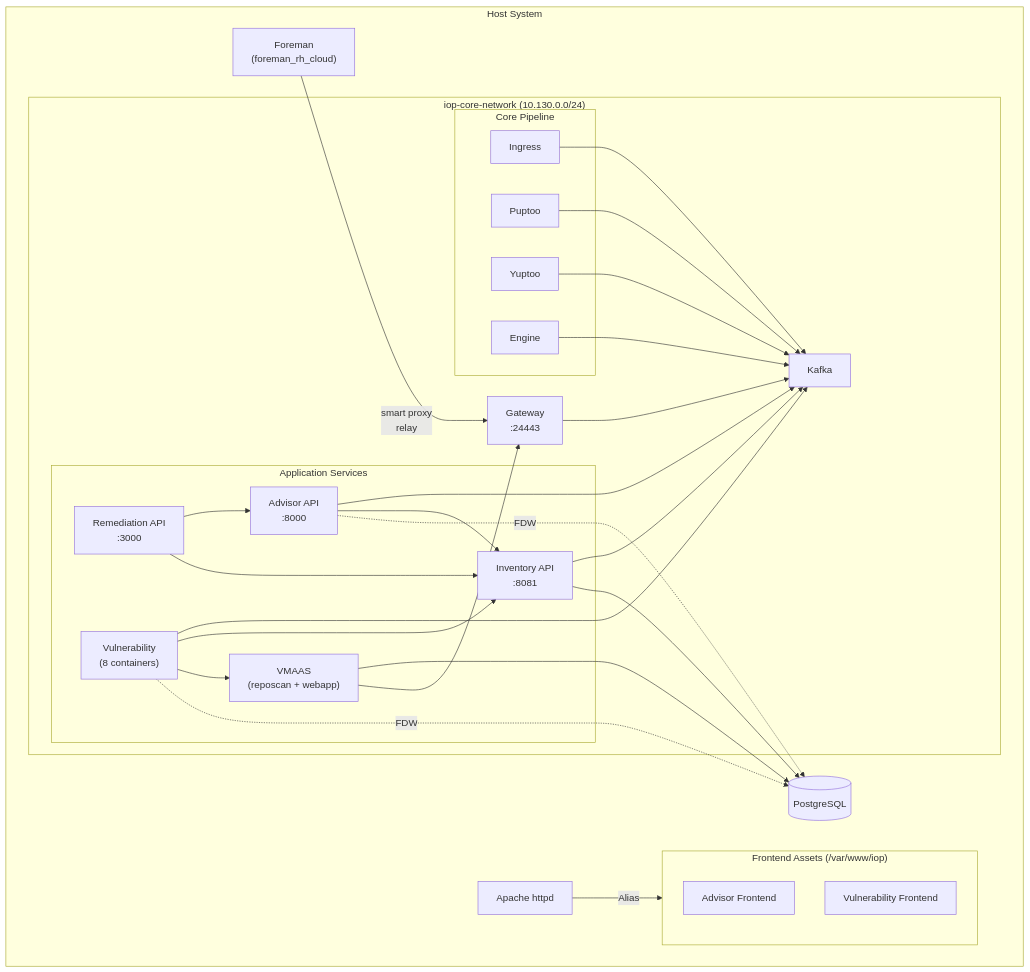
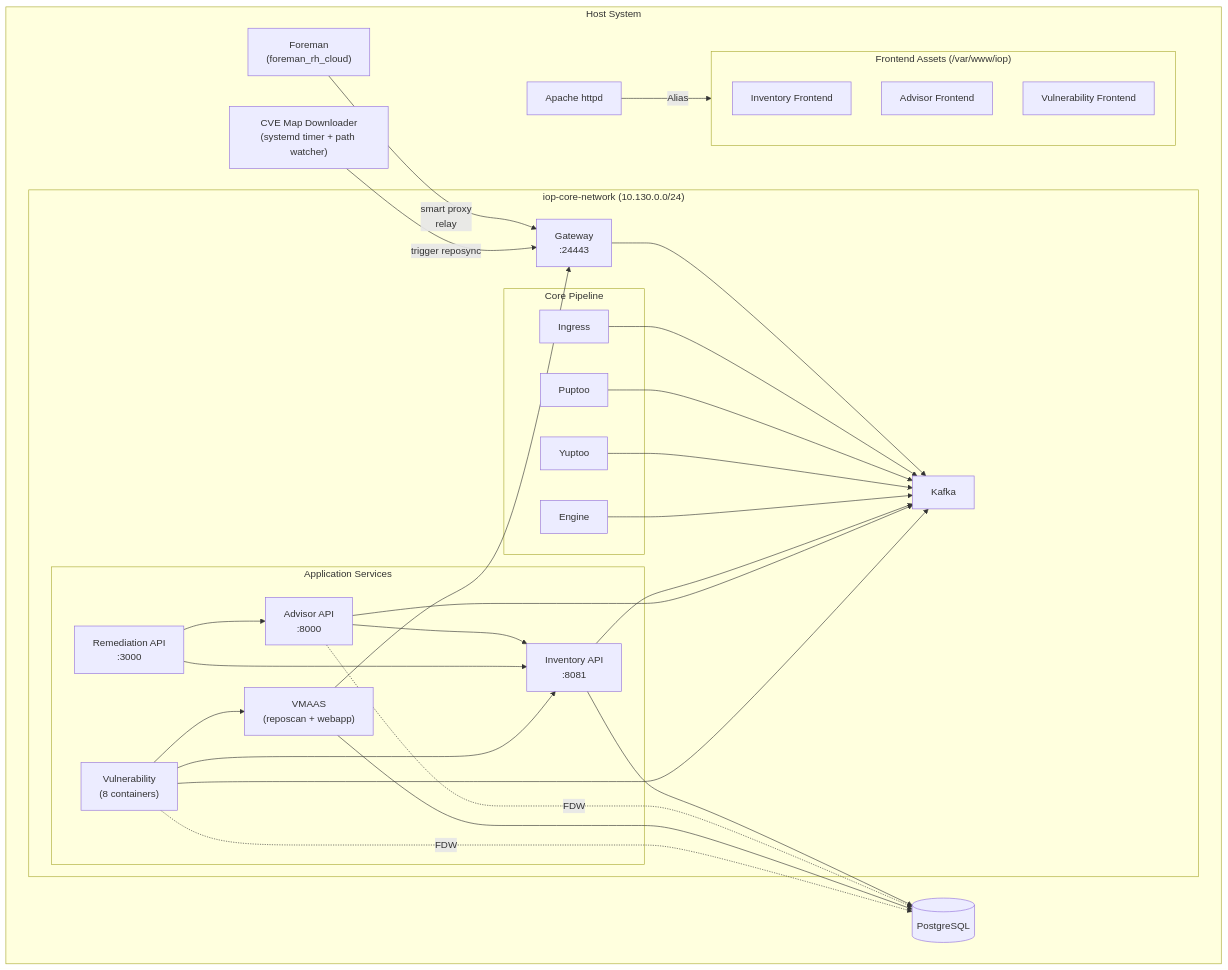
The first of 2 diagrams in docs/iop.md (theforeman/foremanctl), drawn with Mermaid before and after one commit. The commit also changed other lines of this file, not shown here.

````diff
--- a/docs/iop.md
+++ b/docs/iop.md
@@ -15,57 +15,61 @@
 ```mermaid
 graph TB
     subgraph Host["Host System"]
         Foreman["Foreman<br/>(foreman_rh_cloud)"]
         Apache["Apache httpd"]
         PG[(PostgreSQL)]
 
         subgraph Network["iop-core-network (10.130.0.0/24)"]
             Kafka[Kafka]
 
             subgraph Core["Core Pipeline"]
                 Ingress[Ingress]
                 Puptoo[Puptoo]
                 Yuptoo[Yuptoo]
                 Engine[Engine]
             end
 
             Gateway["Gateway<br/>:24443"]
 
             subgraph Services["Application Services"]
                 Inventory["Inventory API<br/>:8081"]
                 Advisor["Advisor API<br/>:8000"]
                 Remediation["Remediation API<br/>:3000"]
                 VMAAS["VMAAS<br/>(reposcan + webapp)"]
                 Vuln["Vulnerability<br/>(8 containers)"]
             end
         end
 
         subgraph Frontends["Frontend Assets (/var/www/iop)"]
+            InventoryFE[Inventory Frontend]
             AdvisorFE[Advisor Frontend]
             VulnFE[Vulnerability Frontend]
         end
+
+        CVEMap["CVE Map Downloader<br/>(systemd timer + path watcher)"]
     end
 
     Foreman -- "smart proxy<br/>relay" --> Gateway
     Gateway --> Kafka
     Apache -- "Alias" --> Frontends
 
     Ingress --> Kafka
     Puptoo --> Kafka
     Yuptoo --> Kafka
     Engine --> Kafka
 
     Inventory --> Kafka
     Inventory --> PG
     Advisor --> Kafka
     Advisor --> Inventory
     Advisor -. "FDW" .-> PG
     Remediation --> Advisor
     Remediation --> Inventory
     VMAAS --> PG
     VMAAS --> Gateway
     Vuln --> Kafka
     Vuln --> Inventory
     Vuln --> VMAAS
     Vuln -. "FDW" .-> PG
+    CVEMap -- "trigger reposync" --> Gateway
 ```
````
